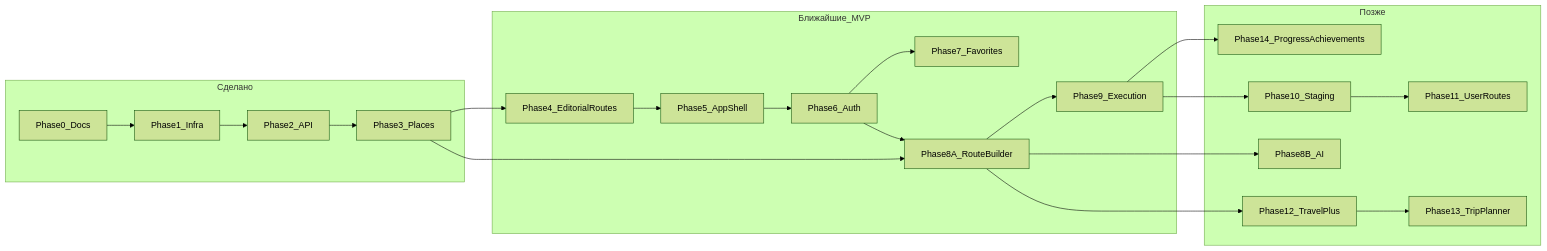
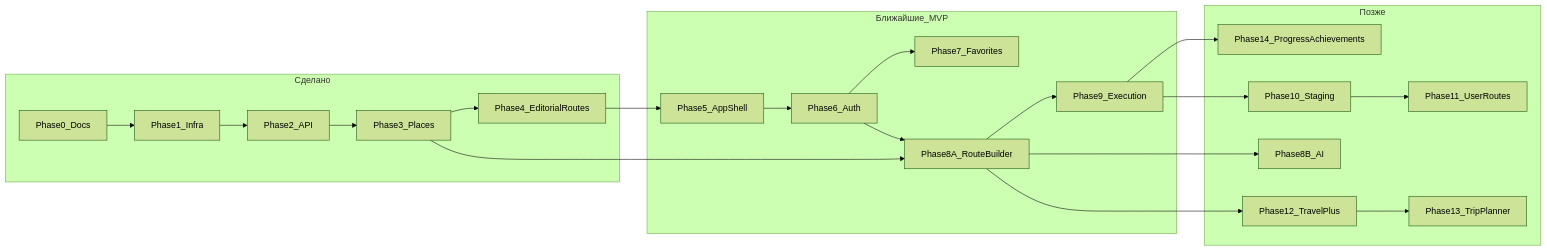
One commit to xotabeach/tourism-platform changed the first of 5 diagrams in docs/diagrams/phase-and-screens-map.md. Above: the diagram before and after it, drawn with Mermaid (forest theme). The commit also changed other lines of this file and 3 other files, not shown here.

````diff
--- a/docs/diagrams/phase-and-screens-map.md
+++ b/docs/diagrams/phase-and-screens-map.md
@@ -13,37 +13,36 @@
 ```mermaid
 flowchart LR
   subgraph done [Сделано]
     p0[Phase0_Docs]
     p1[Phase1_Infra]
     p2[Phase2_API]
     p3[Phase3_Places]
+    p4[Phase4_EditorialRoutes]
   end
 
   subgraph near [Ближайшие_MVP]
-    p4[Phase4_EditorialRoutes]
     p5[Phase5_AppShell]
     p6[Phase6_Auth]
     p7[Phase7_Favorites]
     p8a[Phase8A_RouteBuilder]
     p9[Phase9_Execution]
   end
 
   subgraph later [Позже]
     p8b[Phase8B_AI]
     p10[Phase10_Staging]
     p11[Phase11_UserRoutes]
     p12[Phase12_TravelPlus]
     p13[Phase13_TripPlanner]
     p14[Phase14_ProgressAchievements]
   end
 
-  p0 --> p1 --> p2 --> p3 --> p4
-  p4 --> p5
+  p0 --> p1 --> p2 --> p3 --> p4 --> p5
   p5 --> p6 --> p7
   p3 --> p8a
   p6 --> p8a --> p9
   p9 --> p14
   p8a --> p8b
   p9 --> p10 --> p11
   p8a --> p12 --> p13
 ```
````
